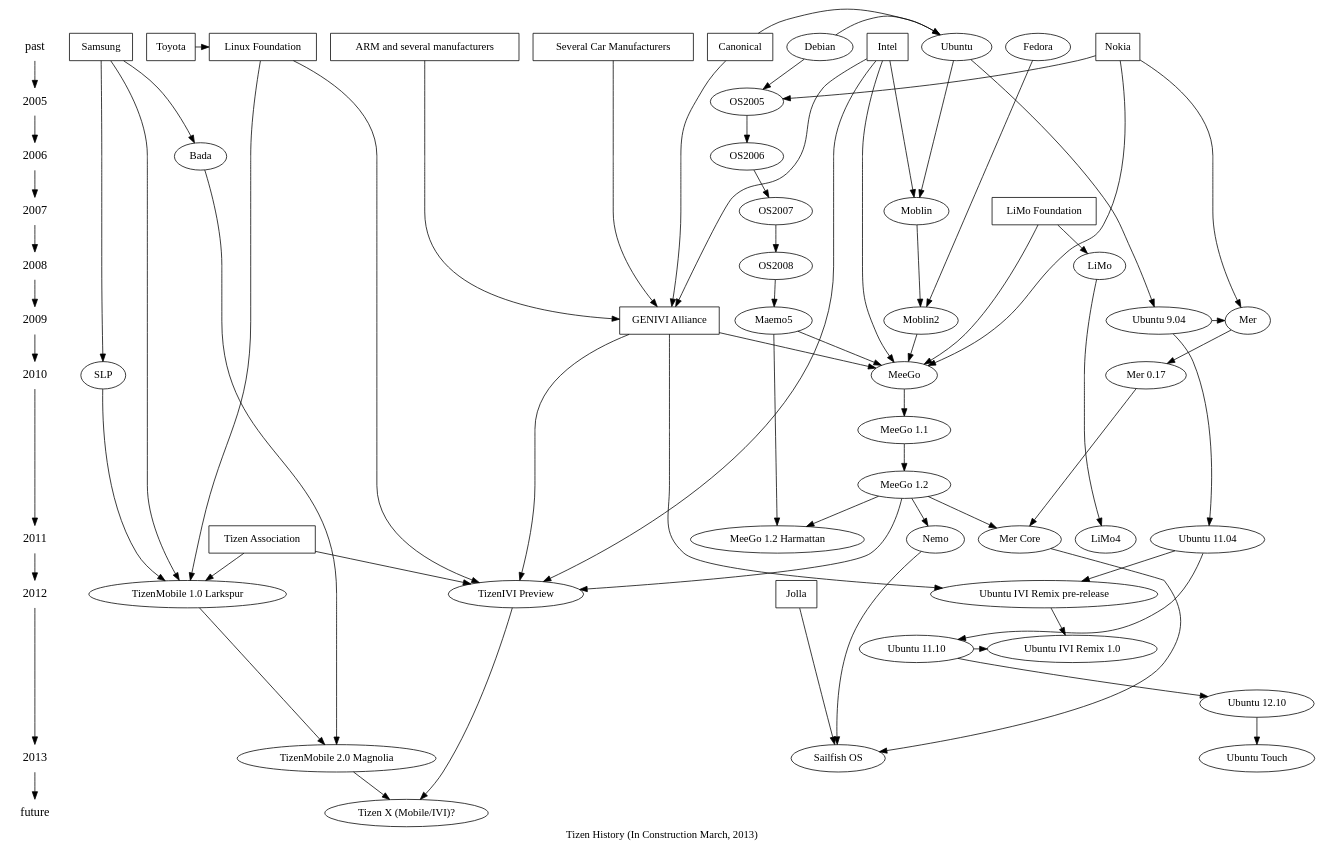
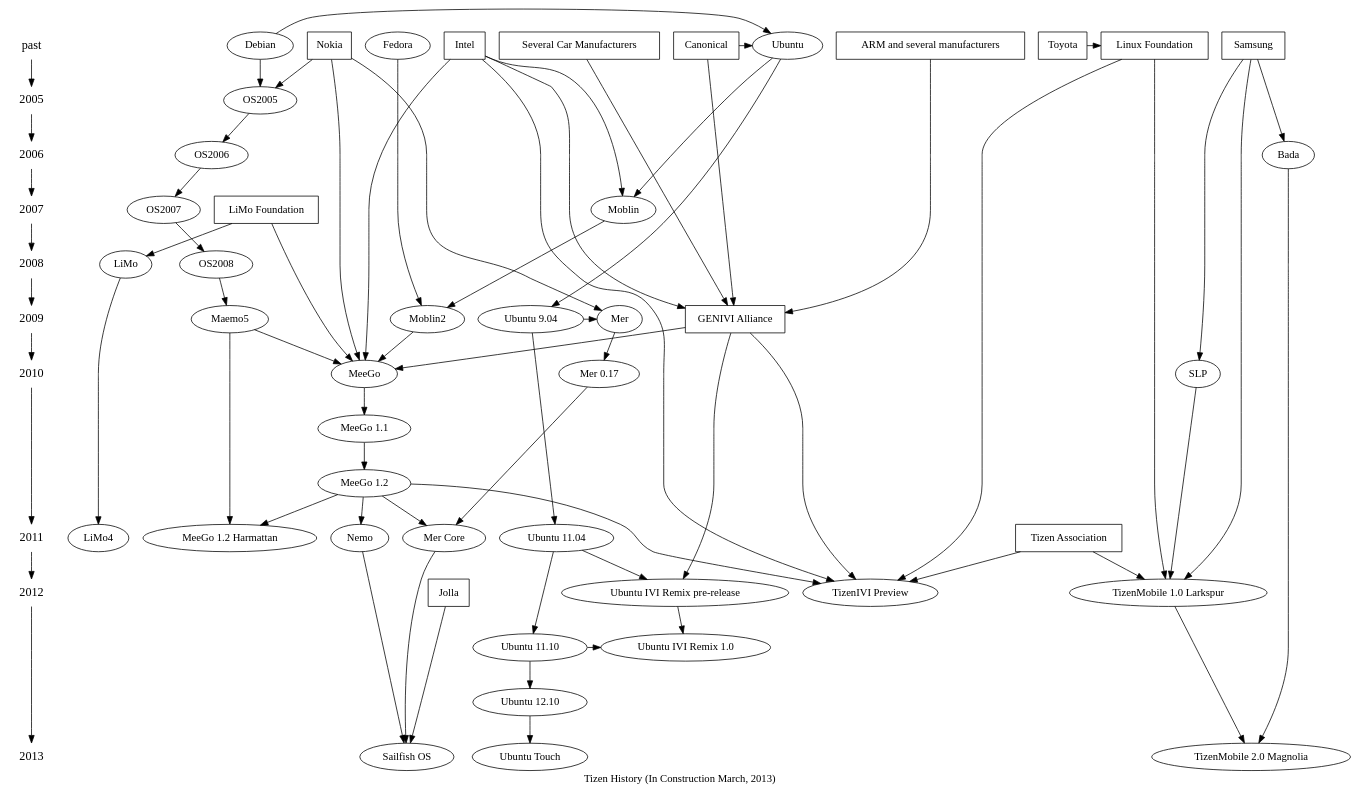
Before and after one commit to kumadasu/tizen-history: the diagram in tizen-history.dot, drawn with Graphviz. The commit also changed 1 other file, not shown here.

Commit message:
Delete Tizen X(Mobile/IVI) because there are no announce.

```diff
--- a/tizen-history.dot
+++ b/tizen-history.dot
@@ -1,95 +1,93 @@
 digraph tizenhistory {
 graph [label="Tizen History (In Construction March, 2013)"]
 /*timeline*/
 {
 	node [shape=plaintext, fontsize=16];
 	"past" -> /*1990 ->
 	1991 -> 1992 -> 1993 -> 1994 -> 1995 ->
 	1996 -> 1997 -> 1998 -> 1999 -> 2000 ->
 	2001 -> 2002 -> 2003 -> 2004 ->*/ 2005 ->
 	2006 -> 2007 -> 2008 -> 2009 -> 2010 ->
-	2011 -> 2012 -> 2013 -> "future";
+	2011 -> 2012 -> 2013;
 }
 
 /* Organizations */
 {
 	node [shape=box];
 	{ rank = same; "past"; "Nokia"}
 	{ rank = same; "past"; "Intel"}
 	{ rank = same; "past"; "Samsung"}
 	{ rank = same; "past"; "ARM and several manufacturers"}
 	{ rank = same; "past"; "Several Car Manufacturers"}
 	{ rank = same; "past"; "Canonical"}
 	{ rank = same; "past"; "Linux Foundation"}
 	{ rank = same; "past"; "Toyota"}
 	{ rank = same; "2007"; "LiMo Foundation"}
 	{ rank = same; "2009"; "GENIVI Alliance"}
 	{ rank = same; "2011"; "Tizen Association"} //?
 	{ rank = same; "2012"; "Jolla"} //?
 "Toyota" -> "Linux Foundation";
 "Intel" -> "GENIVI Alliance";
 "Several Car Manufacturers" -> "GENIVI Alliance";
 "ARM and several manufacturers" -> "GENIVI Alliance";
 "Canonical" -> "GENIVI Alliance";
 }
 
 /* Technologies */
 {
 	node [shape=plaintext];
 //	"HTML5";
 }
 
 /* OS */
 { rank = same; "past"; "Ubuntu"; "Fedora"; "Debian"}
 { rank = same; 2005; "OS2005"}
 { rank = same; 2006; "OS2006"}
 { rank = same; 2007; "OS2007"; "Moblin"}
 { rank = same; 2008; "OS2008"; "LiMo"}
 { rank = same; 2009; "Maemo5"; "Moblin2"; "Ubuntu 9.04"; "Mer"}
 { rank = same; 2010; "MeeGo"; "Mer 0.17"; "SLP"}
 { rank = same; 2011; "Ubuntu 11.04"; "LiMo4"; "Nemo"}
 { rank = same; "Ubuntu 11.10"; "Ubuntu IVI Remix 1.0"}
 { rank = same; 2012; "TizenMobile 1.0 Larkspur"; "TizenIVI Preview"};
-{ rank = same; "TizenMobile 1.0 Larkspur" }
 { rank = same; 2013; "TizenMobile 2.0 Magnolia"; "Sailfish OS"; "Ubuntu Touch"}
 	"Debian" -> "Ubuntu";
 	"Debian" -> "OS2005" -> "OS2006" -> "OS2007" -> "OS2008" -> "Maemo5" -> "MeeGo";
 	"Ubuntu" -> "Moblin" -> "Moblin2";
 	"Fedora" -> "Moblin2" -> "MeeGo";
 	"Ubuntu 9.04" -> "Mer" -> "Mer 0.17" -> "Mer Core";
 	"LiMo" -> "LiMo4";
 	"MeeGo" -> "MeeGo 1.1" -> "MeeGo 1.2" -> "TizenIVI Preview";
 	"Maemo5" -> "MeeGo 1.2 Harmattan";
 	"MeeGo 1.2" -> "Mer Core";
 	"MeeGo 1.2" -> "Nemo" -> "Sailfish OS";
 	"Mer Core" -> "Sailfish OS";
 	"MeeGo 1.2" -> "MeeGo 1.2 Harmattan";
 	"SLP" -> "TizenMobile 1.0 Larkspur";
 	"Bada" -> "TizenMobile 2.0 Magnolia";
-	"TizenMobile 1.0 Larkspur" -> "TizenMobile 2.0 Magnolia" -> "Tizen X (Mobile/IVI)?";
-	"TizenIVI Preview" -> "Tizen X (Mobile/IVI)?";
+	"TizenMobile 1.0 Larkspur" -> "TizenMobile 2.0 Magnolia";
 	"Ubuntu" -> "Ubuntu 9.04" -> "Ubuntu 11.04" -> "Ubuntu 11.10" -> "Ubuntu IVI Remix 1.0";
 	"Ubuntu 11.04" -> "Ubuntu IVI Remix pre-release" -> "Ubuntu IVI Remix 1.0";
 	"Ubuntu 11.10" -> "Ubuntu 12.10" -> "Ubuntu Touch";
 
 "Canonical" -> "Ubuntu";
 "Nokia" -> "OS2005";
 "Intel" -> "Moblin";
 "Intel" -> "MeeGo";
 "Nokia" -> "Mer";
 "Nokia" -> "MeeGo";
 "Samsung" -> "Bada";
 "Samsung" -> "SLP";
 "Intel" -> "TizenIVI Preview";
 "Samsung" -> "TizenMobile 1.0 Larkspur";
 "GENIVI Alliance" -> "MeeGo";
 "GENIVI Alliance" -> "TizenIVI Preview";
 "GENIVI Alliance" -> "Ubuntu IVI Remix pre-release";
 "LiMo Foundation" -> "LiMo";
 "LiMo Foundation" -> "MeeGo";
 "Tizen Association" -> "TizenIVI Preview";
 "Tizen Association" -> "TizenMobile 1.0 Larkspur";
 "Linux Foundation" -> "TizenIVI Preview";
 "Linux Foundation" -> "TizenMobile 1.0 Larkspur";
 "Jolla" -> "Sailfish OS"
 }
```
